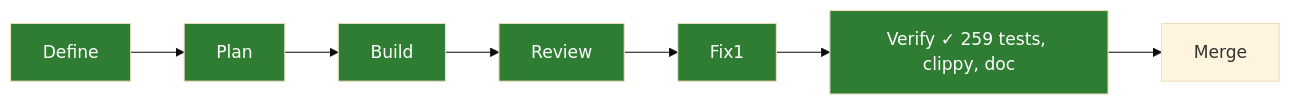
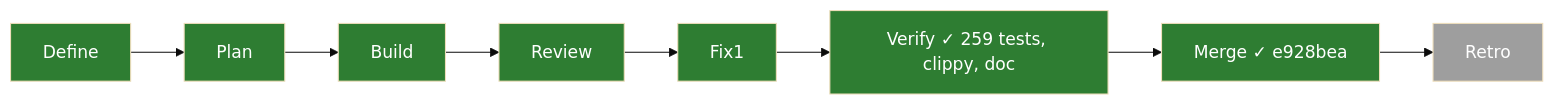
One commit to PaliCanon/search-front changed the diagram in .task/001-v1-front.md. Above: the diagram before and after it, drawn with Mermaid (base theme). The commit also changed other lines of this file, not shown here.

Commit message:
chore(task): 001 merged — e928bea

````diff
--- a/.task/001-v1-front.md
+++ b/.task/001-v1-front.md
@@ -56,6 +56,6 @@
 ```mermaid
 flowchart LR
-  Define:::done --> Plan:::done --> Build:::done --> Review:::done --> Fix1:::done --> Verify["Verify ✓ 259 tests, clippy, doc"]:::done --> Merge:::doing
+  Define:::done --> Plan:::done --> Build:::done --> Review:::done --> Fix1:::done --> Verify["Verify ✓ 259 tests, clippy, doc"]:::done --> Merge["Merge ✓ e928bea"]:::done --> Retro:::todo
   classDef done fill:#2e7d32,color:#fff
   classDef todo fill:#9e9e9e,color:#fff
 ```
````
